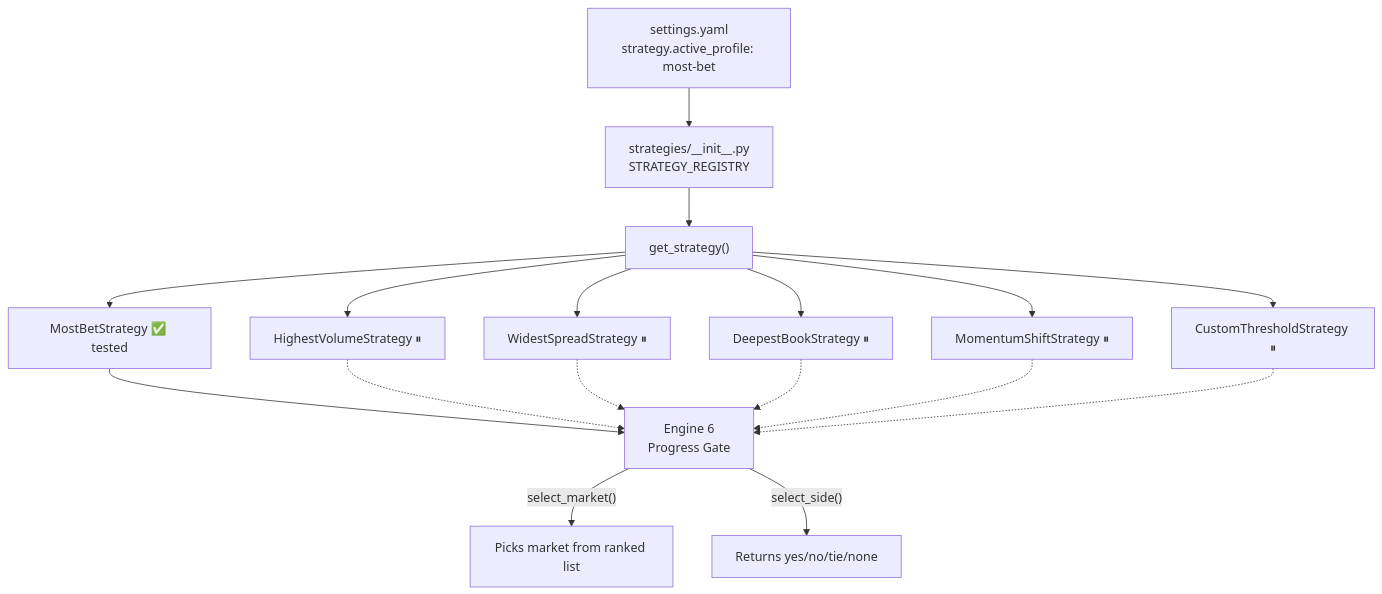
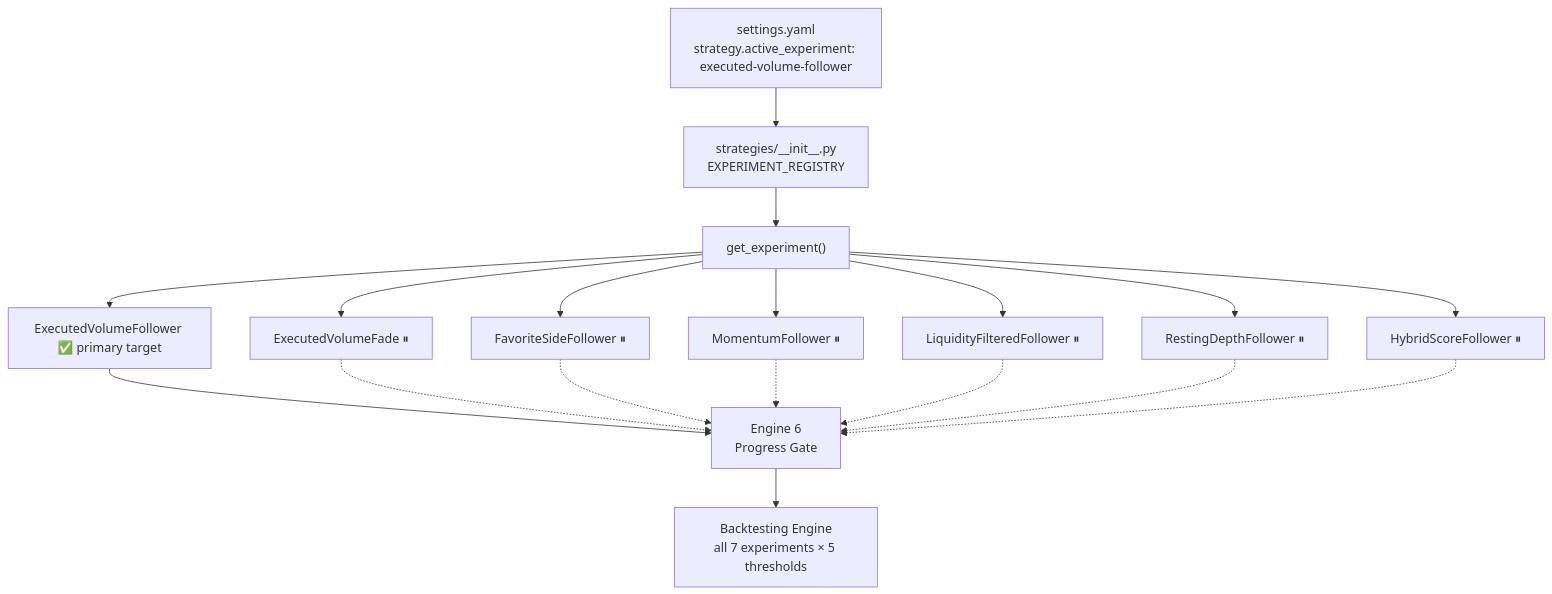
One commit to Danish11512/nunu changed the fifth of 18 diagrams in docs/architecture.md. Above: the diagram before and after it, drawn with Mermaid. The commit also changed other lines of this file and 4 other files, not shown here.

````diff
--- a/docs/architecture.md
+++ b/docs/architecture.md
@@ -243,21 +247,22 @@
 ```mermaid
 flowchart TB
-    CONFIG["settings.yaml<br/>strategy.active_profile: most-bet"] --> REGISTRY
-    REGISTRY["strategies/__init__.py<br/>STRATEGY_REGISTRY"] --> FACTORY["get_strategy()"]
-    FACTORY --> MOST["MostBetStrategy ✅ tested"]
-    FACTORY --> HV["HighestVolumeStrategy ⏸"]
-    FACTORY --> WS["WidestSpreadStrategy ⏸"]
-    FACTORY --> DB["DeepestBookStrategy ⏸"]
-    FACTORY --> MS["MomentumShiftStrategy ⏸"]
-    FACTORY --> CT["CustomThresholdStrategy ⏸"]
+    CONFIG["settings.yaml<br/>strategy.active_experiment: executed-volume-follower"] --> REGISTRY
+    REGISTRY["strategies/__init__.py<br/>EXPERIMENT_REGISTRY"] --> FACTORY["get_experiment()"]
+    FACTORY --> EVF["ExecutedVolumeFollower ✅ primary target"]
+    FACTORY --> EVFD["ExecutedVolumeFade ⏸"]
+    FACTORY --> FAV["FavoriteSideFollower ⏸"]
+    FACTORY --> MOM["MomentumFollower ⏸"]
+    FACTORY --> LQF["LiquidityFilteredFollower ⏸"]
+    FACTORY --> RDF["RestingDepthFollower ⏸"]
+    FACTORY --> HYB["HybridScoreFollower ⏸"]
     
-    MOST --> E6["Engine 6<br/>Progress Gate"]
-    HV -.-> E6
-    WS -.-> E6
-    DB -.-> E6
-    MS -.-> E6
-    CT -.-> E6
+    EVF --> E6["Engine 6<br/>Progress Gate"]
+    EVFD -.-> E6
+    FAV -.-> E6
+    MOM -.-> E6
+    LQF -.-> E6
+    RDF -.-> E6
+    HYB -.-> E6
     
-    E6 -->|"select_market()"| MARKET["Picks market from ranked list"]
-    E6 -->|"select_side()"| SIDE["Returns yes/no/tie/none"]
+    E6 --> BT["Backtesting Engine<br/>all 7 experiments × 5 thresholds"]
 ```
````
